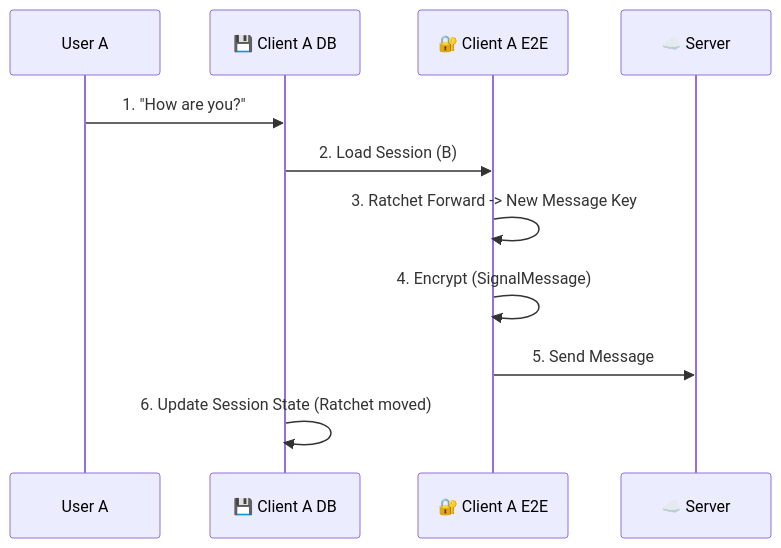
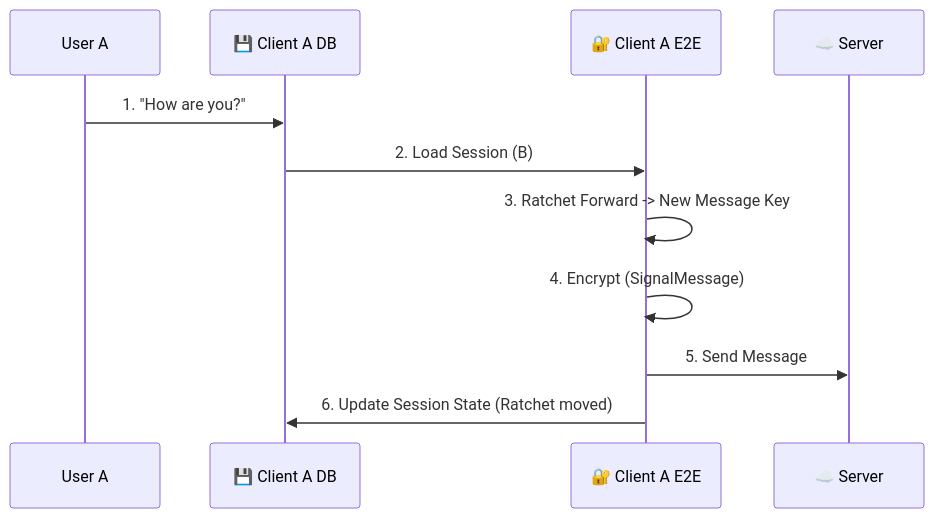
Before and after one commit to pingappduniya-oss/Ping-App-Complete-Use-Case-Flows-Technical-Deep-Dive-: the fifth of 18 diagrams in CompleteUseCaseFlows.md, drawn with Mermaid. The commit also changed other lines of this file, not shown here.

````diff
--- a/CompleteUseCaseFlows.md
+++ b/CompleteUseCaseFlows.md
@@ -118,14 +118,14 @@
 ```mermaid
 sequenceDiagram
     participant UA as User A
     participant CA_DB as 💾 Client A DB
     participant CA_E2E as 🔐 Client A E2E
     participant Server as ☁️ Server
     
     UA->>CA_DB: 1. "How are you?"
     CA_DB->>CA_E2E: 2. Load Session (B)
     CA_E2E->>CA_E2E: 3. Ratchet Forward -> New Message Key
     CA_E2E->>CA_E2E: 4. Encrypt (SignalMessage)
     CA_E2E->>Server: 5. Send Message
-    CA_DB->>CA_DB: 6. Update Session State (Ratchet moved)
+    CA_E2E->>CA_DB: 6. Update Session State (Ratchet moved)
 ```
````
